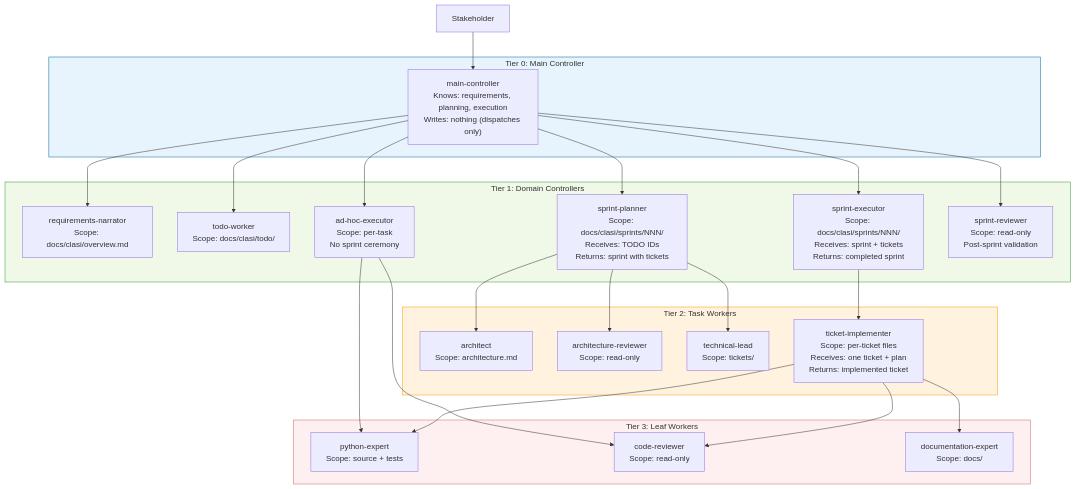
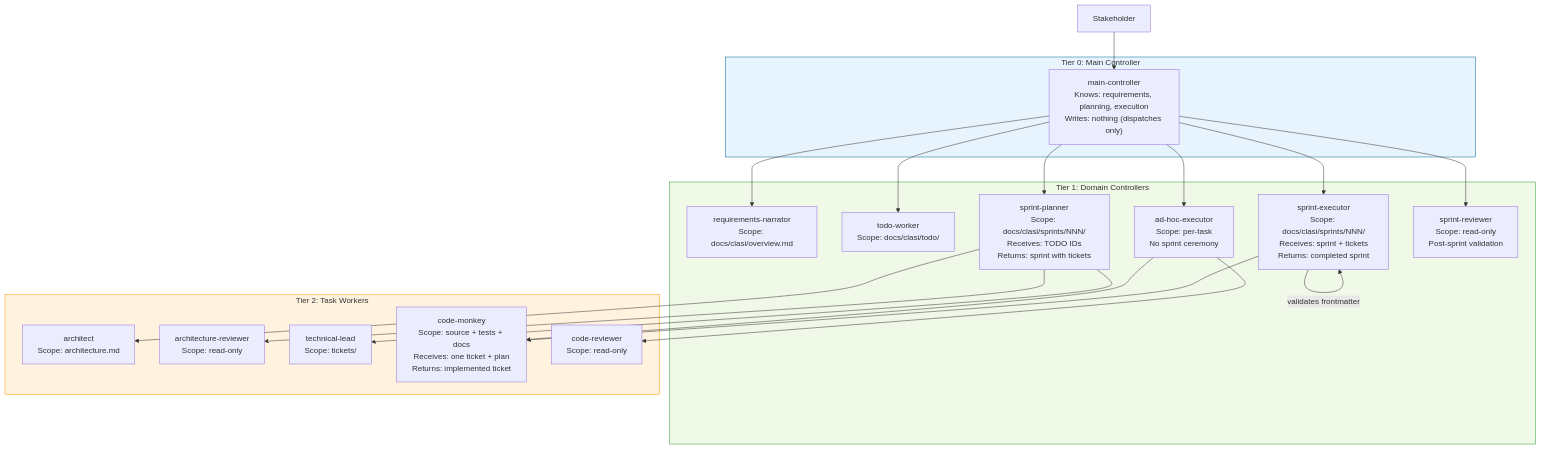
One commit to ericbusboom/claude-agent-skills changed the third of 4 diagrams in docs/clasi/sprints/001-process-compliance-via-rules-and-scoped-subagents/pc-architecture.md. Above: the diagram before and after it, drawn with Mermaid. The commit also changed other lines of this file, not shown here.

First line of the commit message:
docs: rename python-expert to code-monkey, collapse tier 3, add validation flow

````diff
--- a/docs/clasi/sprints/001-process-compliance-via-rules-and-scoped-subagents/pc-architecture.md
+++ b/docs/clasi/sprints/001-process-compliance-via-rules-and-scoped-subagents/pc-architecture.md
@@ -251,57 +251,48 @@
 ```mermaid
 flowchart TB
     user["Stakeholder"]
 
     subgraph T0["Tier 0: Main Controller"]
         mc["main-controller<br/>Knows: requirements, planning, execution<br/>Writes: nothing (dispatches only)"]
     end
 
     subgraph T1["Tier 1: Domain Controllers"]
         rn["requirements-narrator<br/>Scope: docs/clasi/overview.md"]
         tw["todo-worker<br/>Scope: docs/clasi/todo/"]
         sp["sprint-planner<br/>Scope: docs/clasi/sprints/NNN/<br/>Receives: TODO IDs<br/>Returns: sprint with tickets"]
         se["sprint-executor<br/>Scope: docs/clasi/sprints/NNN/<br/>Receives: sprint + tickets<br/>Returns: completed sprint"]
         ah["ad-hoc-executor<br/>Scope: per-task<br/>No sprint ceremony"]
         sr["sprint-reviewer<br/>Scope: read-only<br/>Post-sprint validation"]
     end
 
     subgraph T2["Tier 2: Task Workers"]
         arch["architect<br/>Scope: architecture.md"]
         ar["architecture-reviewer<br/>Scope: read-only"]
         tl["technical-lead<br/>Scope: tickets/"]
-        ti["ticket-implementer<br/>Scope: per-ticket files<br/>Receives: one ticket + plan<br/>Returns: implemented ticket"]
-    end
-
-    subgraph T3["Tier 3: Leaf Workers"]
-        py["python-expert<br/>Scope: source + tests"]
+        cm["code-monkey<br/>Scope: source + tests + docs<br/>Receives: one ticket + plan<br/>Returns: implemented ticket"]
         cr["code-reviewer<br/>Scope: read-only"]
-        doc["documentation-expert<br/>Scope: docs/"]
     end
 
     user --> mc
 
     mc --> rn
     mc --> tw
     mc --> sp
     mc --> se
     mc --> ah
     mc --> sr
 
     sp --> arch
     sp --> ar
     sp --> tl
 
-    se --> ti
+    se --> cm
+    se -->|validates frontmatter| se
 
-    ah --> py
+    ah --> cm
     ah --> cr
-
-    ti --> py
-    ti --> cr
-    ti --> doc
 
     style T0 fill:#e8f4fd,stroke:#069
     style T1 fill:#f0f8e8,stroke:#393
     style T2 fill:#fff3e0,stroke:#f90
-    style T3 fill:#fef0f0,stroke:#c66
 ```
````
